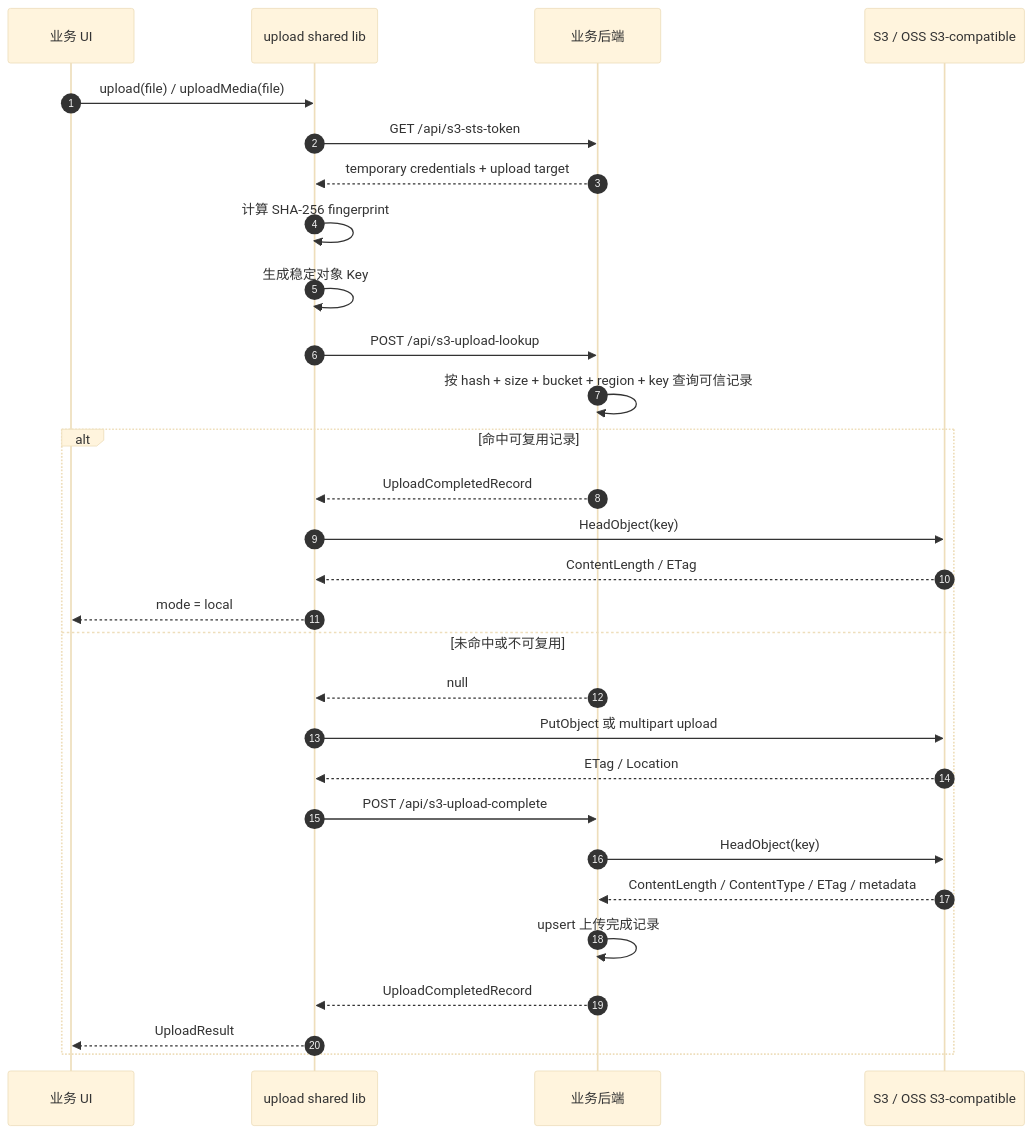
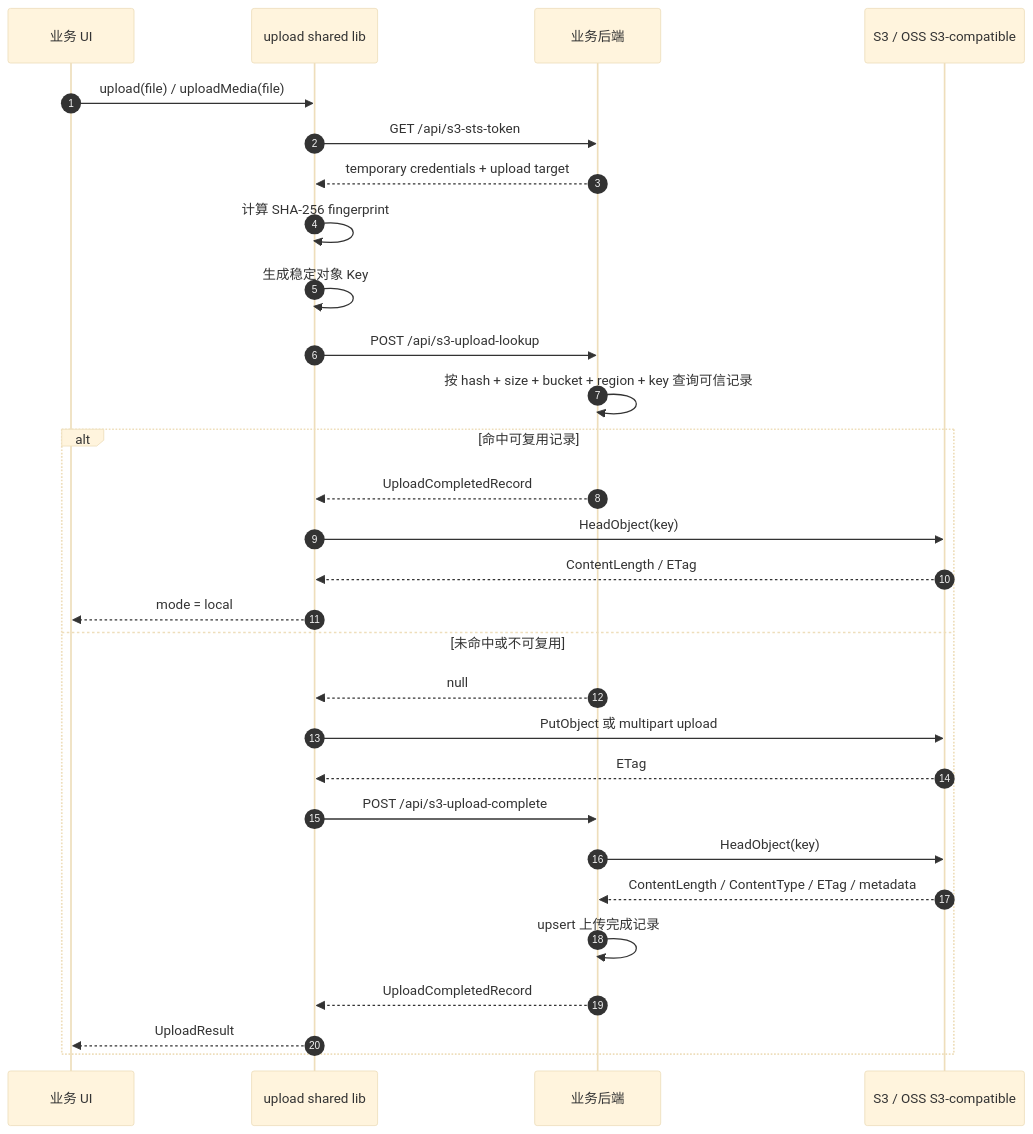
Before and after one commit to heavenly-zy/oss-test: the first of 2 diagrams in apps/api/s3-upload-backend-contract.md, drawn with Mermaid (base theme). The commit also changed other lines of this file and 5 other files, not shown here.

````diff
--- a/apps/api/s3-upload-backend-contract.md
+++ b/apps/api/s3-upload-backend-contract.md
@@ -40,33 +40,33 @@
 ```mermaid
 sequenceDiagram
   autonumber
   participant UI as 业务 UI
   participant UploadLib as upload shared lib
   participant Backend as 业务后端
   participant S3 as S3 / OSS S3-compatible
 
   UI->>UploadLib: upload(file) / uploadMedia(file)
   UploadLib->>Backend: GET /api/s3-sts-token
   Backend-->>UploadLib: temporary credentials + upload target
   UploadLib->>UploadLib: 计算 SHA-256 fingerprint
   UploadLib->>UploadLib: 生成稳定对象 Key
   UploadLib->>Backend: POST /api/s3-upload-lookup
   Backend->>Backend: 按 hash + size + bucket + region + key 查询可信记录
 
   alt 命中可复用记录
     Backend-->>UploadLib: UploadCompletedRecord
     UploadLib->>S3: HeadObject(key)
     S3-->>UploadLib: ContentLength / ETag
     UploadLib-->>UI: mode = local
   else 未命中或不可复用
     Backend-->>UploadLib: null
     UploadLib->>S3: PutObject 或 multipart upload
-    S3-->>UploadLib: ETag / Location
+    S3-->>UploadLib: ETag
     UploadLib->>Backend: POST /api/s3-upload-complete
     Backend->>S3: HeadObject(key)
     S3-->>Backend: ContentLength / ContentType / ETag / metadata
     Backend->>Backend: upsert 上传完成记录
     Backend-->>UploadLib: UploadCompletedRecord
     UploadLib-->>UI: UploadResult
   end
 ```
````
